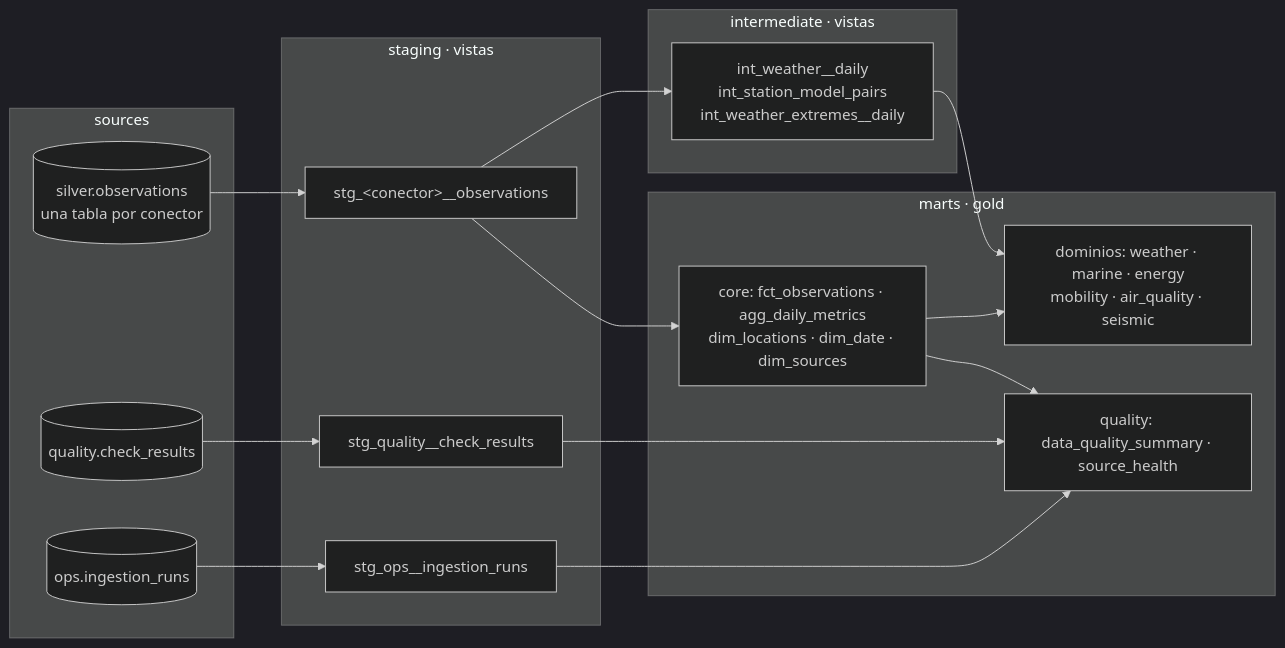
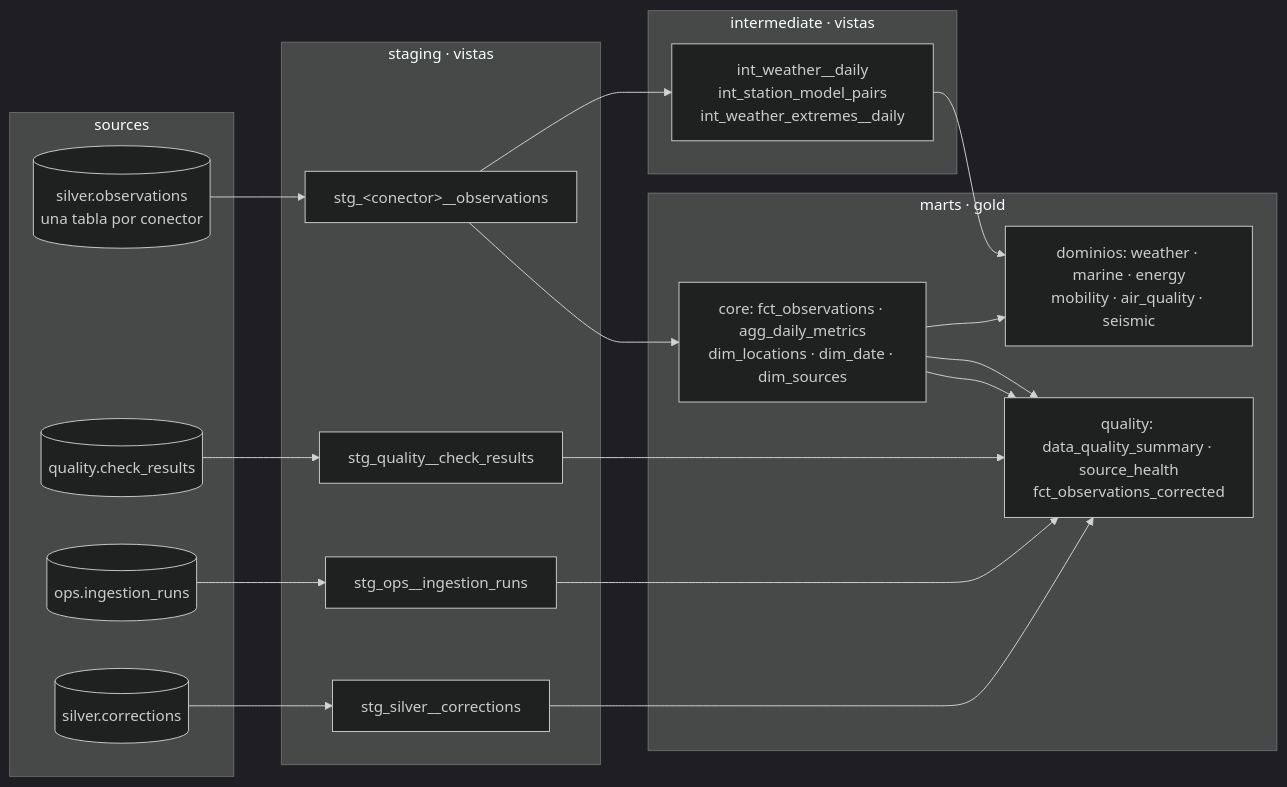
Before and after one commit to AlexandreColl/MallorcaDataPlatform: the diagram in dbt/README.md, drawn with Mermaid (dark theme). The commit also changed other lines of this file and 9 other files, not shown here.

````diff
--- a/dbt/README.md
+++ b/dbt/README.md
@@ -7,26 +7,30 @@
 ```mermaid
 flowchart LR
     subgraph sources[sources]
         S1[(silver.observations<br/>una tabla por conector)]
         S2[(quality.check_results)]
         S3[(ops.ingestion_runs)]
+        S4[(silver.corrections)]
     end
     subgraph staging[staging · vistas]
         ST[stg_&lt;conector&gt;__observations]
         SQ[stg_quality__check_results]
         SO[stg_ops__ingestion_runs]
+        SC[stg_silver__corrections]
     end
     subgraph intermediate[intermediate · vistas]
         IW[int_weather__daily<br/>int_station_model_pairs<br/>int_weather_extremes__daily]
     end
     subgraph marts[marts · gold]
         C[core: fct_observations · agg_daily_metrics<br/>dim_locations · dim_date · dim_sources]
         D[dominios: weather · marine · energy<br/>mobility · air_quality · seismic]
-        Q[quality: data_quality_summary · source_health]
+        Q[quality: data_quality_summary · source_health<br/>fct_observations_corrected]
     end
     S1 --> ST --> IW --> D
     ST --> C --> D
     S2 --> SQ --> Q
     S3 --> SO --> Q
+    S4 --> SC --> Q
+    C --> Q
     C --> Q
 ```
````
